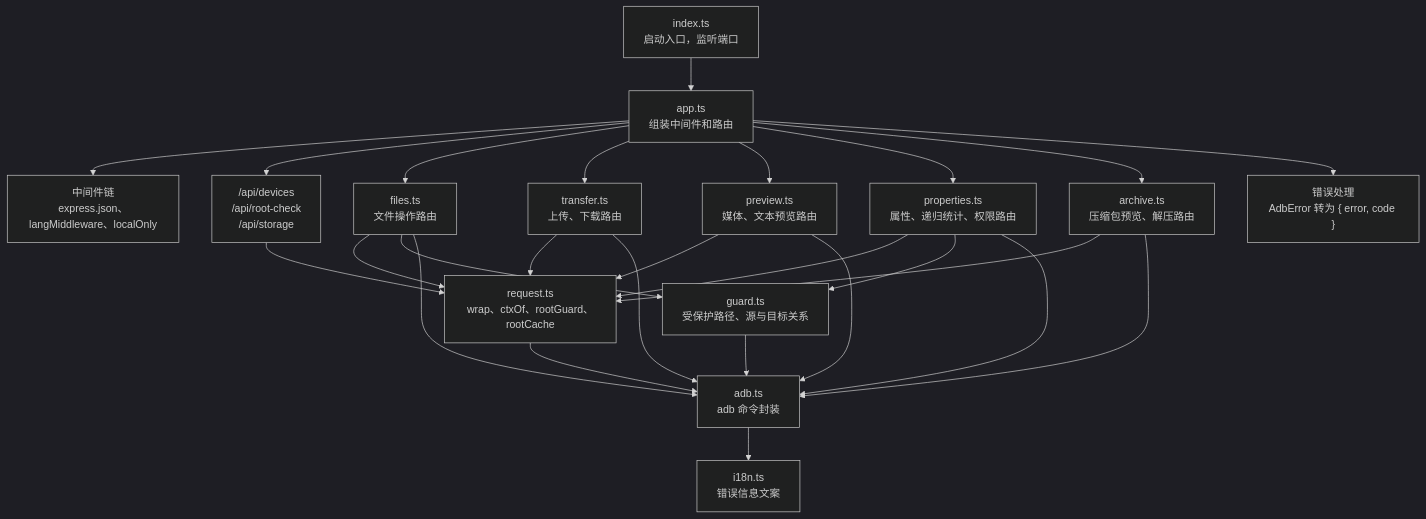
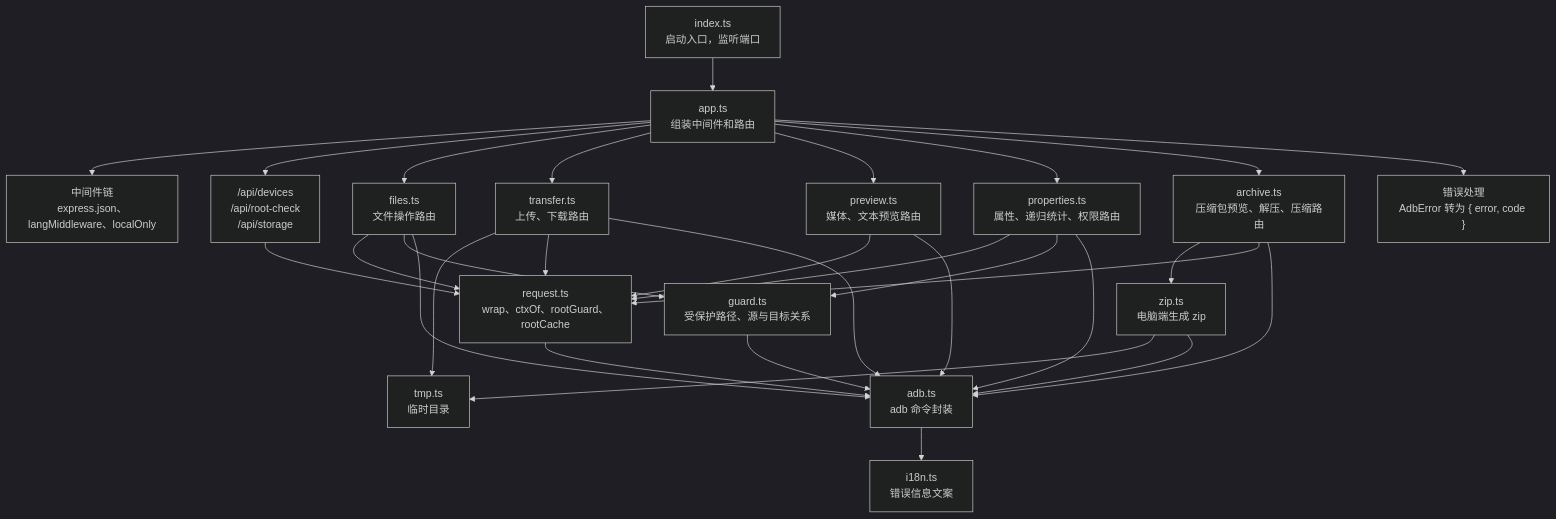
One commit to wynnyu/adb-file-manager changed the third of 12 diagrams in docs/architecture.md. Above: the diagram before and after it, drawn with Mermaid (dark theme). The commit also changed other lines of this file and 5 other files, not shown here.

````diff
--- a/docs/architecture.md
+++ b/docs/architecture.md
@@ -65,16 +65,18 @@
 ```mermaid
 flowchart TB
   index["index.ts<br/>启动入口，监听端口"] --> app["app.ts<br/>组装中间件和路由"]
   app --> mw["中间件链<br/>express.json、langMiddleware、localOnly"]
   app --> devRoutes["/api/devices<br/>/api/root-check<br/>/api/storage"]
   app --> files["files.ts<br/>文件操作路由"]
   app --> transfer["transfer.ts<br/>上传、下载路由"]
   app --> preview["preview.ts<br/>媒体、文本预览路由"]
   app --> properties["properties.ts<br/>属性、递归统计、权限路由"]
-  app --> archive["archive.ts<br/>压缩包预览、解压路由"]
+  app --> archive["archive.ts<br/>压缩包预览、解压、压缩路由"]
+  archive --> zip["zip.ts<br/>电脑端生成 zip"]
+  zip & transfer --> tmp["tmp.ts<br/>临时目录"]
   app --> errh["错误处理<br/>AdbError 转为 { error, code }"]
   files & transfer & preview & properties & archive & devRoutes --> request["request.ts<br/>wrap、ctxOf、rootGuard、rootCache"]
   files & properties --> guard["guard.ts<br/>受保护路径、源与目标关系"]
-  request & guard & files & transfer & preview & properties & archive --> adb["adb.ts<br/>adb 命令封装"]
+  request & guard & files & transfer & preview & properties & archive & zip --> adb["adb.ts<br/>adb 命令封装"]
   adb --> i18n["i18n.ts<br/>错误信息文案"]
 ```
````
